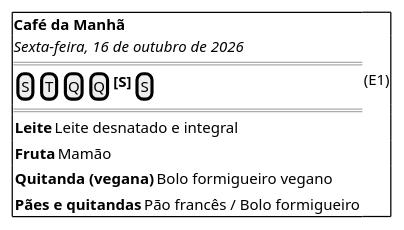
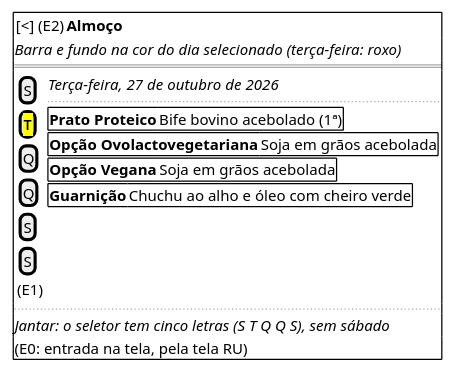
The diagram in RU/DIhc-RU-02.puml (joseduardogon/Minha_UFG_Grupo_Cinza), drawn with PlantUML before and after one commit. The commit also changed 131 other files, not shown here.

```diff
--- a/RU/DIhc-RU-02.puml
+++ b/RU/DIhc-RU-02.puml
@@ -1,13 +1,28 @@
 @startsalt DIhc-RU-02
 {+
-  <b>Café da Manhã
-  <i>Sexta-feira, 16 de outubro de 2026
+  { [<] (E2) | <b>Almoço }
+  <i>Barra e fundo na cor do dia selecionado (terça-feira: roxo)
   ==
-  { [S] | [T] | [Q] | [Q] | <b>[S] | [S] } (E1)
-  ==
-  { <b>Leite | Leite desnatado e integral }
-  { <b>Fruta | Mamão }
-  { <b>Quitanda (vegana) | Bolo formigueiro vegano }
-  { <b>Pães e quitandas | Pão francês / Bolo formigueiro }
+  {
+    {
+      [S]
+      [<back:yellow><b>T</b>]
+      [Q]
+      [Q]
+      [S]
+      [S]
+      (E1)
+    } | {
+      <i>Terça-feira, 27 de outubro de 2026
+      ..
+      {+ <b>Prato Proteico | Bife bovino acebolado (1ª) }
+      {+ <b>Opção Ovolactovegetariana | Soja em grãos acebolada }
+      {+ <b>Opção Vegana | Soja em grãos acebolada }
+      {+ <b>Guarnição | Chuchu ao alho e óleo com cheiro verde }
+    }
+  }
+  ..
+  <i>Jantar: o seletor tem cinco letras (S T Q Q S), sem sábado
+  (E0: entrada na tela, pela tela RU)
 }
 @endsalt
```
